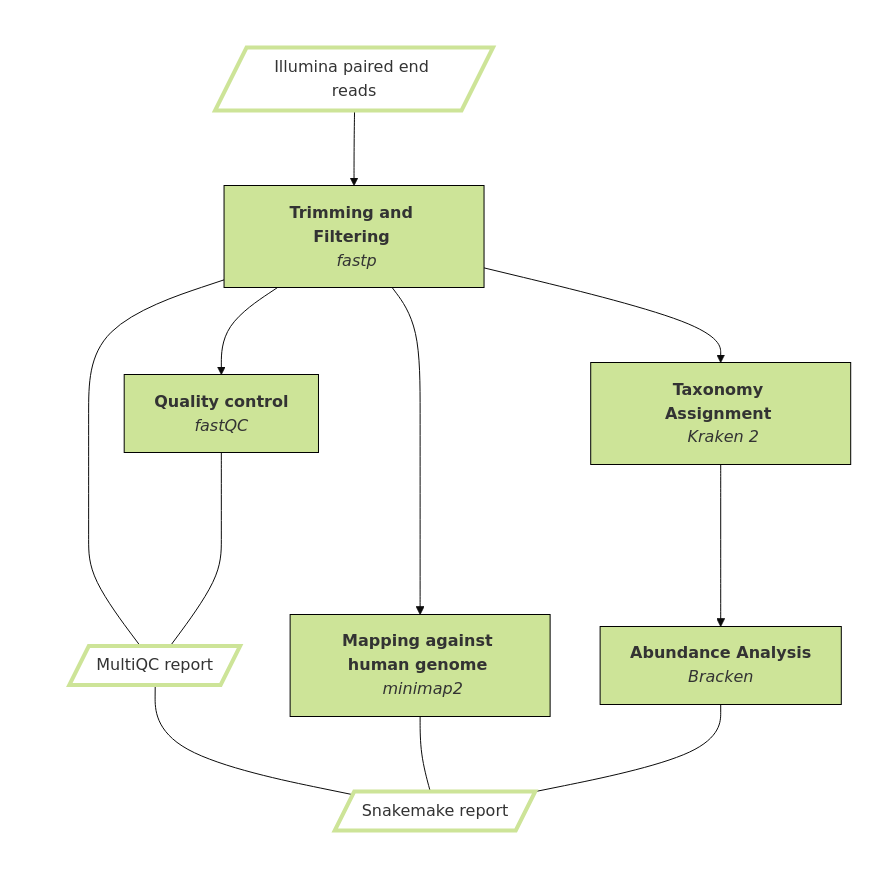
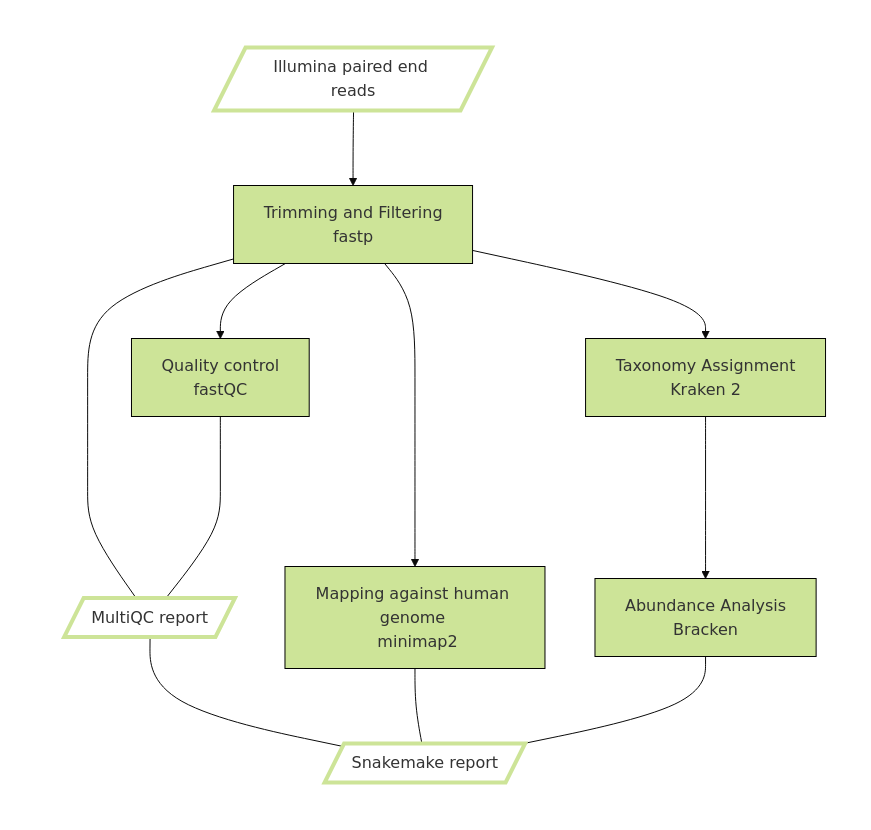
One commit to IKIM-Essen/QC_pre_NextSeq changed the diagram in README.md. Above: the diagram before and after it, drawn with Mermaid.

````diff
--- a/README.md
+++ b/README.md
@@ -91,47 +91,47 @@
 ```mermaid
 %%{init: {
    'theme':'base',
    'themeVariables': {
       'secondaryColor': '#fff',
       'tertiaryColor': '#fff',
       'tertiaryBorderColor' : '#fff'}
    }}%%
 
 flowchart TB;
 
    subgraph " "
       direction TB
 
       %% Nodes
       A[/Illumina paired end reads/]
-      B["<b>Trimming and Filtering</b> <br> <i>fastp<i>"]
-      C["<b>Quality control</b> <br> <i>fastQC<i>"]
+      B["Trimming and Filtering <br> fastp"]
+      C["Quality control <br> fastQC"]
       D[/MultiQC report/]
-      E["<b>Taxonomy Assignment</b> <br> <i>Kraken 2<i>"]
-      F["<b>Abundance Analysis</b> <br> <i>Bracken<i>"]
-      G["<b>Mapping against human genome</b> <br> <i>minimap2</i>"]
+      E["Taxonomy Assignment <br> Kraken 2"]
+      F["Abundance Analysis <br> Bracken"]
+      G["Mapping against human genome <br> minimap2"]
       H[/Snakemake report/]
       
 
       %% input & output node design
       classDef in_output fill:#fff,stroke:#cde498,stroke-width:4px
       class A,D,H in_output
       %% rule node design
       classDef rule fill:#cde498,stroke:#000
       class B,C,E,F,G rule
 
       %% Node links
       A --> B
       B --> C
       B ---- D
       C ---- D
       B --> E
       E ---> F
       B --> G
       D --- H
       G --- H
       F --- H
 
    end
 
 ```
````
